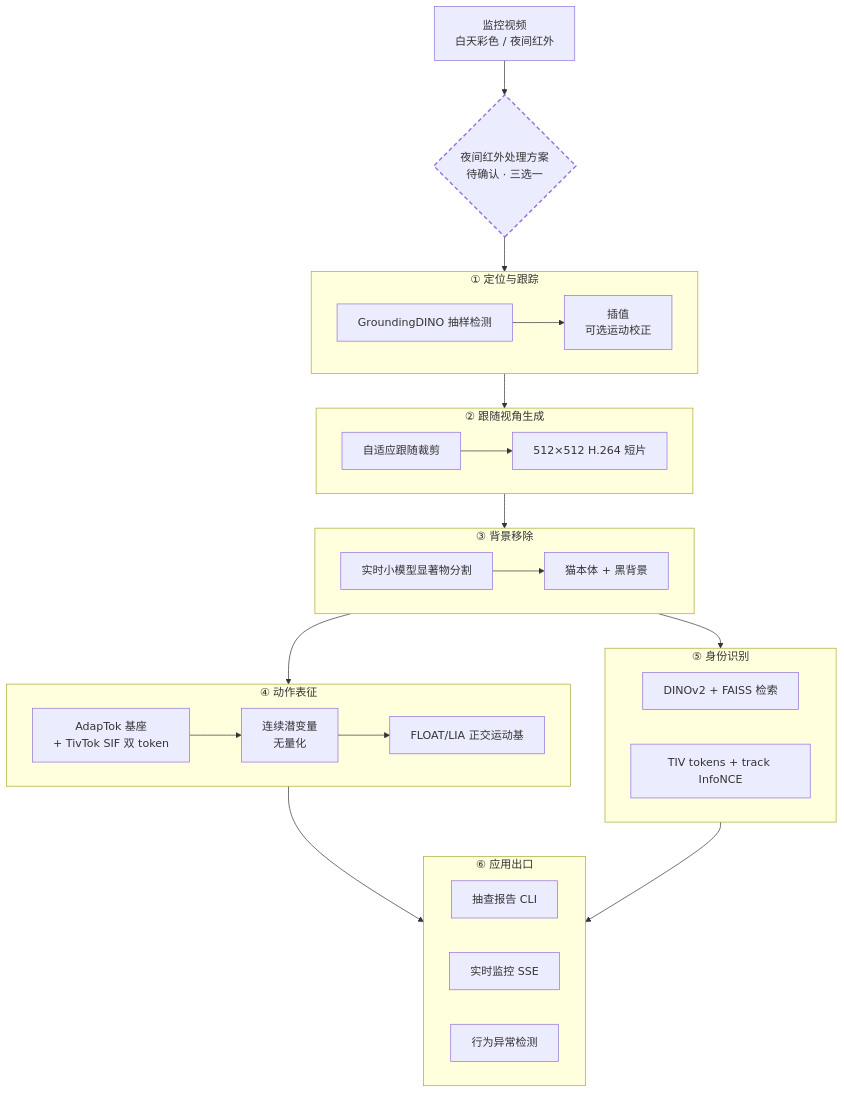
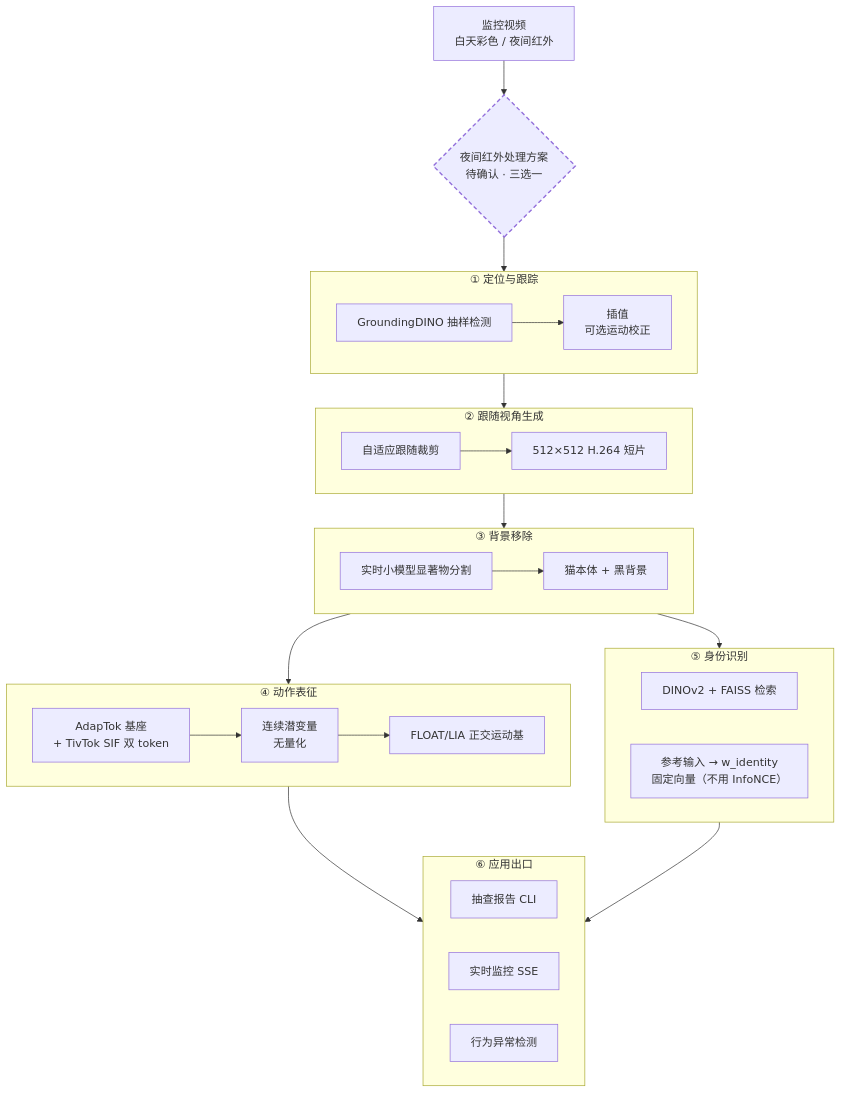
Before and after one commit to gongshangzheng/pet-action-recognition: the first of 7 diagrams in management/docs/architecture.md, drawn with Mermaid. The commit also changed other lines of this file and 7 other files, not shown here.

First line of the commit message:
design(identity): 身份改为参考输入（默认设定）；InfoNCE 移出主监督；选型状态约定

````diff
--- a/management/docs/architecture.md
+++ b/management/docs/architecture.md
@@ -42,45 +43,45 @@
 ```mermaid
 flowchart TD
     V[监控视频<br/>白天彩色 / 夜间红外] --> IRQ{"夜间红外处理方案<br/>待确认 · 三选一"}
     IRQ --> S1
 
     subgraph S1["① 定位与跟踪"]
         A1[GroundingDINO 抽样检测] --> A2[插值<br/>可选运动校正]
     end
 
     S1 --> S2
 
     subgraph S2["② 跟随视角生成"]
         B1[自适应跟随裁剪] --> B2[512×512 H.264 短片]
     end
 
     S2 --> S3
 
     subgraph S3["③ 背景移除"]
         C1[实时小模型显著物分割] --> C2[猫本体 + 黑背景]
     end
 
     S3 --> S4
     S3 --> S5
 
     subgraph S4["④ 动作表征"]
         D1[AdapTok 基座<br/>+ TivTok SIF 双 token] --> D2[连续潜变量<br/>无量化]
         D2 --> D3[FLOAT/LIA 正交运动基]
     end
 
     subgraph S5["⑤ 身份识别"]
         E1[DINOv2 + FAISS 检索]
-        E2[TIV tokens + track InfoNCE]
+        E2["参考输入 → w_identity<br/>固定向量（不用 InfoNCE）"]
     end
 
     S4 --> S6
     S5 --> S6
 
     subgraph S6["⑥ 应用出口"]
         F1[抽查报告 CLI]
         F2[实时监控 SSE]
         F3[行为异常检测]
     end
 
     style IRQ stroke-dasharray: 6 4,stroke-width:2px
 ```
````
